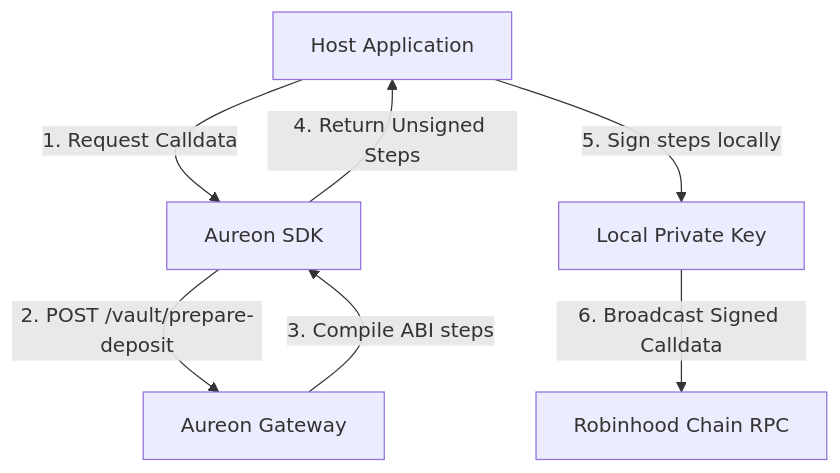
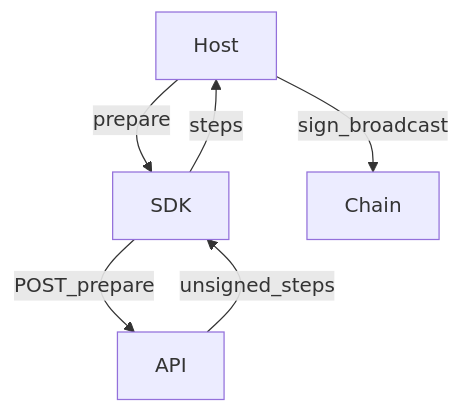
Before and after one commit to buildaureon/aureon-sdk: the third of 3 diagrams in docs/architecture.md, drawn with Mermaid. The commit also changed other lines of this file, not shown here.

Commit message:
docs: consolidate architecture to three-layer trust boundary model

````diff
--- a/docs/architecture.md
+++ b/docs/architecture.md
@@ -171,9 +160,8 @@
 ```mermaid
 flowchart TD
-  Host[Host Application] -->|1. Request Calldata| SDK[Aureon SDK]
-  SDK -->|2. POST /vault/prepare-deposit| API[Aureon Gateway]
-  API -->|3. Compile ABI steps| SDK
-  SDK -->|4. Return Unsigned Steps| Host
-  Host -->|5. Sign steps locally| Wallet[Local Private Key]
-  Wallet -->|6. Broadcast Signed Calldata| Chain[Robinhood Chain RPC]
+  Host -->|prepare| SDK
+  SDK -->|POST_prepare| API
+  API -->|unsigned_steps| SDK
+  SDK -->|steps| Host
+  Host -->|sign_broadcast| Chain
 ```
````
